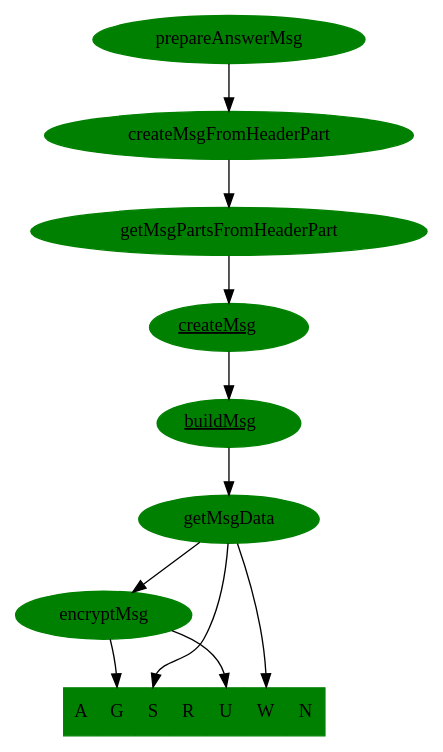
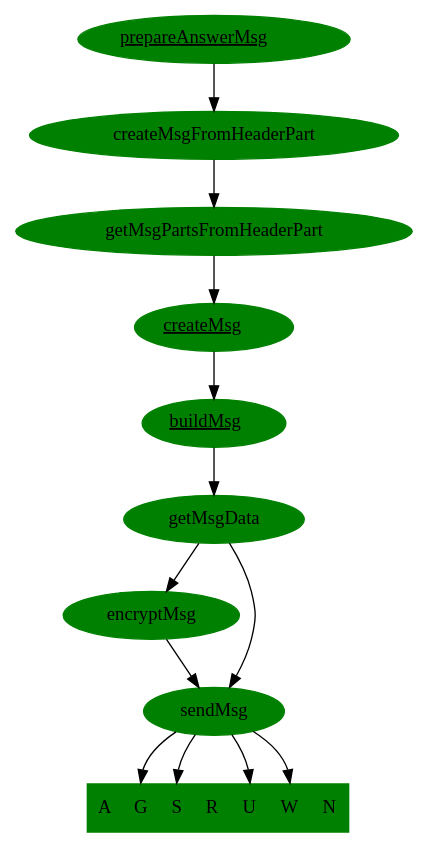
One commit to apwiede/nodemcu changed the diagram in dot_files/grp_prepareAnswerMsg.dot. Above: the diagram before and after it, drawn with Graphviz. The commit also changed 3 other files, not shown here.

```diff
--- a/dot_files/grp_prepareAnswerMsg.dot
+++ b/dot_files/grp_prepareAnswerMsg.dot
@@ -1,21 +1,24 @@
 digraph G2 {
-  prepareAnswerMsg[style="filled", color="green"];
+  prepareAnswerMsg[style="filled", color="green", label=<<u>prepareAnswerMsg</u>> URL="\ref prepareAnswerMsg"];
   prepareAnswerMsg -> createMsgFromHeaderPart;
   createMsgFromHeaderPart[style="filled", color="green"];
   createMsgFromHeaderPart -> getMsgPartsFromHeaderPart;
   getMsgPartsFromHeaderPart[style="filled", color="green"];
   getMsgPartsFromHeaderPart -> createMsg;
   createMsg[style="filled", color="green", label=<<u>createMsg</u>> URL="\ref grp_createMsg"];
   createMsg -> buildMsg;
   buildMsg[style="filled", color="green", label=<<u>buildMsg</u>> URL="\ref grp_buildAnswerMsg"];
   buildMsg -> getMsgData;
   getMsgData[style="filled", color="green"];
   getMsgData -> encryptMsg;
   encryptMsg[style="filled", color="green"];
-  sendMsg [shape=record, label="<f0> A|<f1> G|<f2> S|<f3> R|<f4> U|<f5> W|<f6> N"];
-  encryptMsg -> sendMsg:f1;
-  encryptMsg -> sendMsg:f4;
-  getMsgData -> sendMsg:f5;
+  sendMsgSwitch [style="filled", color="green",shape=record, label="<f0> A|<f1> G|<f2> S|<f3> R|<f4> U|<f5> W|<f6> N"];
+  encryptMsg -> sendMsg;
+  getMsgData -> sendMsg;
+  sendMsg -> sendMsgSwitch:f1;
+  sendMsg -> sendMsgSwitch:f4;
+  sendMsg -> sendMsgSwitch:f5;
   sendMsg[style="filled", color="green"];
-  getMsgData -> sendMsg:f2;
+  sendMsg -> sendMsgSwitch:f2;
+  
 }
```
